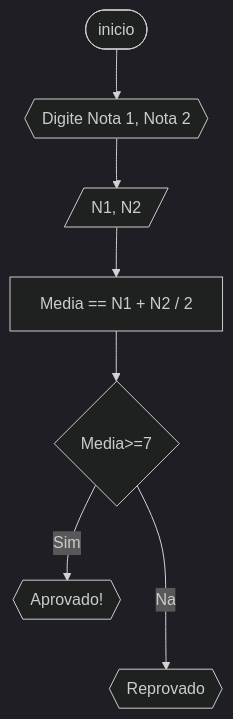
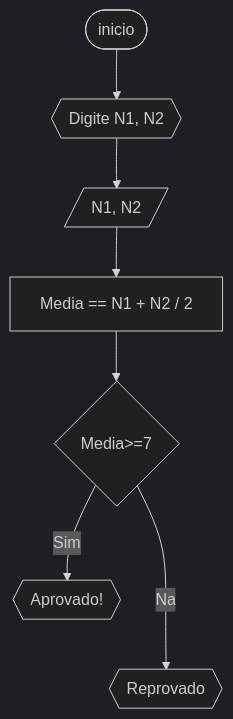
One commit to paaiva/UNIFOR2 changed the third of 3 diagrams in RLB/lista1_exercicios.md. Above: the diagram before and after it, drawn with Mermaid (dark theme).

````diff
--- a/RLB/lista1_exercicios.md
+++ b/RLB/lista1_exercicios.md
@@ -77,10 +77,10 @@
 ``` mermaid
 flowchart TD
-A([inicio])-->B{{Digite Nota 1, Nota 2}}
+A([inicio])-->B{{Digite N1, N2}}
 B-->C[/N1, N2/]
 C-->D[Media == N1 + N2 / 2]
 D-->E{Media>=7}
 E--Sim-->F{{Aprovado!}}
 E--Nao-->G{{Reprovado}}
 
 ``` 
````
